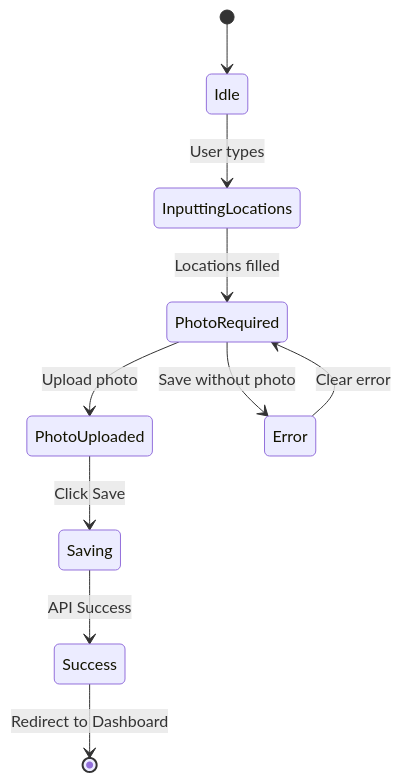
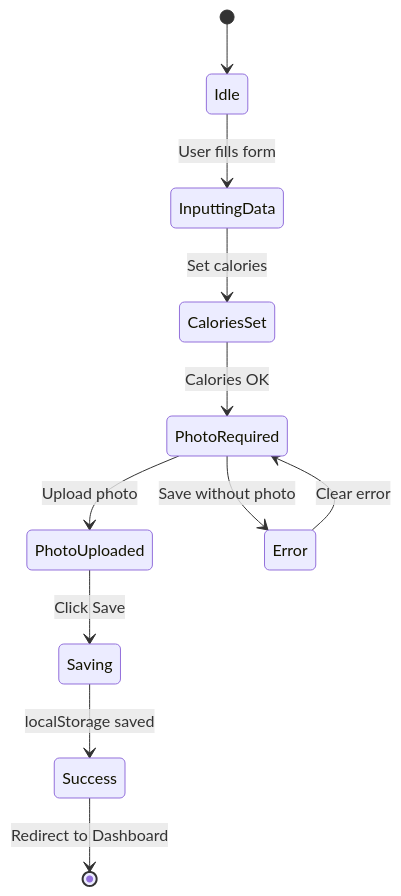
Before and after one commit to ilhaminudin24/ITDigital-wellbeing: the sixth of 10 diagrams in docs/project_analysis.md, drawn with Mermaid. The commit also changed other lines of this file and 8 other files, not shown here.

````diff
--- a/docs/project_analysis.md
+++ b/docs/project_analysis.md
@@ -291,13 +318,14 @@
 ```mermaid
 stateDiagram-v2
     [*] --> Idle
-    Idle --> InputtingLocations: User types
-    InputtingLocations --> PhotoRequired: Locations filled
+    Idle --> InputtingData: User fills form
+    InputtingData --> CaloriesSet: Set calories
+    CaloriesSet --> PhotoRequired: Calories OK
     PhotoRequired --> PhotoUploaded: Upload photo
     PhotoUploaded --> Saving: Click Save
-    Saving --> Success: API Success
+    Saving --> Success: localStorage saved
     Success --> [*]: Redirect to Dashboard
     
     PhotoRequired --> Error: Save without photo
     Error --> PhotoRequired: Clear error
 ```
````
